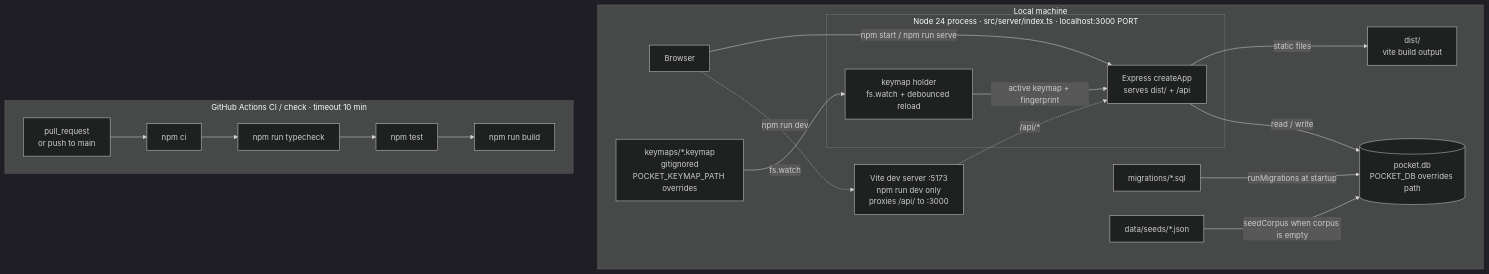
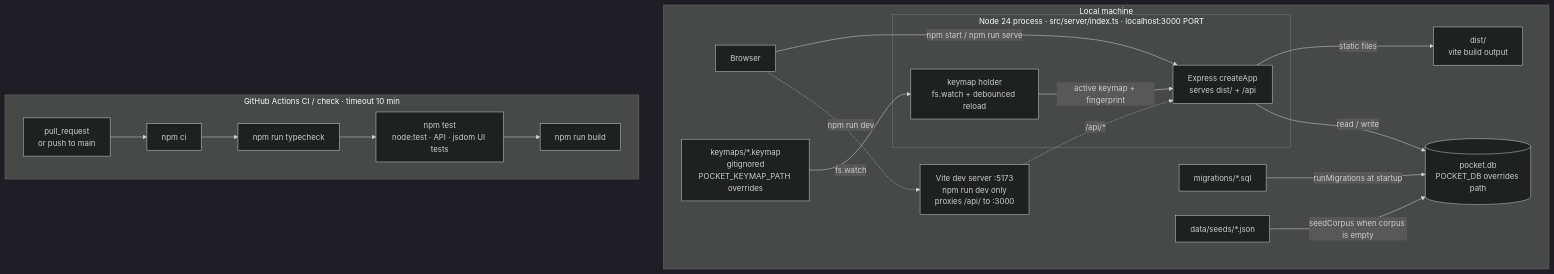
The second of 4 diagrams in docs/architecture/diagrams.md (stevebargelt/pocket), drawn with Mermaid (dark theme) before and after one commit. The commit also changed other lines of this file and 1 other file, not shown here.

First line of the commit message:
docs: describe the shortcut drill mode in the README and architecture diagrams (PKT-12) (#17)

````diff
--- a/docs/architecture/diagrams.md
+++ b/docs/architecture/diagrams.md
@@ -98,37 +104,37 @@
 ```mermaid
 flowchart TB
   subgraph local["Local machine"]
     browser["Browser"]
     vite["Vite dev server :5173<br/>npm run dev only<br/>proxies /api/ to :3000"]
 
     subgraph node["Node 24 process · src/server/index.ts · localhost:3000 PORT"]
       express["Express createApp<br/>serves dist/ + /api"]
       holder["keymap holder<br/>fs.watch + debounced reload"]
     end
 
     dist["dist/<br/>vite build output"]
     dbfile[("pocket.db<br/>POCKET_DB overrides path")]
     keymaps["keymaps/*.keymap<br/>gitignored<br/>POCKET_KEYMAP_PATH overrides"]
     migrations["migrations/*.sql"]
     seeds["data/seeds/*.json"]
 
     browser -- "npm start / npm run serve" --> express
     browser -. "npm run dev" .-> vite
     vite -. "/api/*" .-> express
     express -- "static files" --> dist
     express -- "read / write" --> dbfile
     migrations -- "runMigrations at startup" --> dbfile
     seeds -- "seedCorpus when corpus is empty" --> dbfile
     keymaps -- "fs.watch" --> holder
     holder -- "active keymap + fingerprint" --> express
   end
 
   subgraph gha["GitHub Actions CI / check · timeout 10 min"]
     trigger["pull_request<br/>or push to main"]
     npm_ci["npm ci"]
     typecheck["npm run typecheck"]
-    test["npm test"]
+    test["npm test<br/>node:test · API · jsdom UI tests"]
     build["npm run build"]
     trigger --> npm_ci --> typecheck --> test --> build
   end
 ```
````
